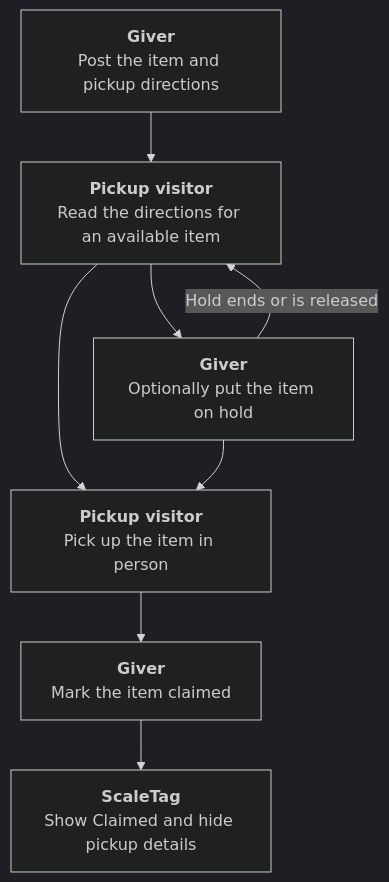
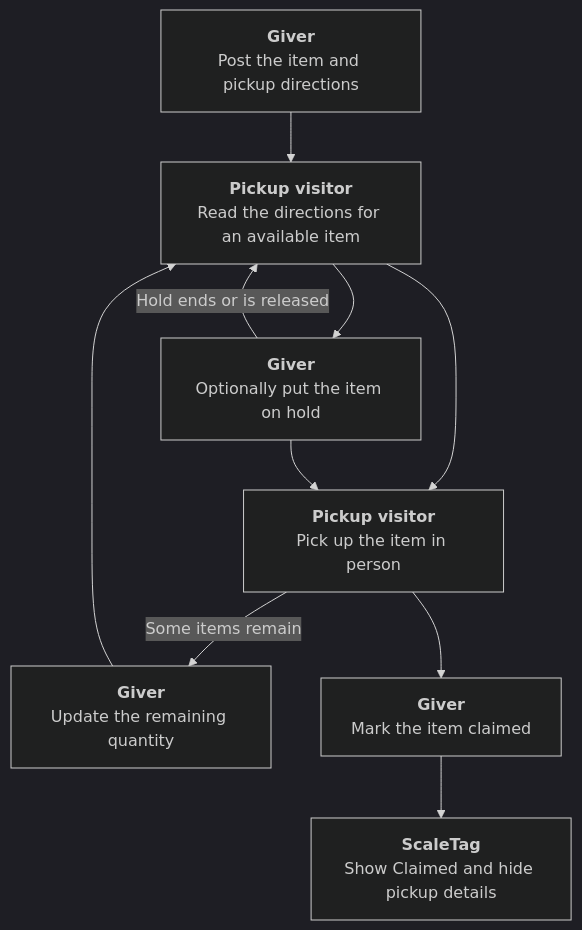
One commit to ChrisXHLeung/ScaleTag changed the fifth of 13 diagrams in README.md. Above: the diagram before and after it, drawn with Mermaid (dark theme). The commit also changed other lines of this file and 10 other files, not shown here.

````diff
--- a/README.md
+++ b/README.md
@@ -73,10 +75,12 @@
 ```mermaid
 flowchart TD
     A["<b>Giver</b><br/>Post the item and pickup directions"] --> B["<b>Pickup visitor</b><br/>Read the directions for an available item"]
     B --> C["<b>Giver</b><br/>Optionally put the item on hold"]
     C -->|"Hold ends or is released"| B
     B --> F["<b>Pickup visitor</b><br/>Pick up the item in person"]
     C --> F
+    F -->|"Some items remain"| H["<b>Giver</b><br/>Update the remaining quantity"]
+    H --> B
     F --> D["<b>Giver</b><br/>Mark the item claimed"]
     D --> E["<b>ScaleTag</b><br/>Show Claimed and hide pickup details"]
 ```
````
